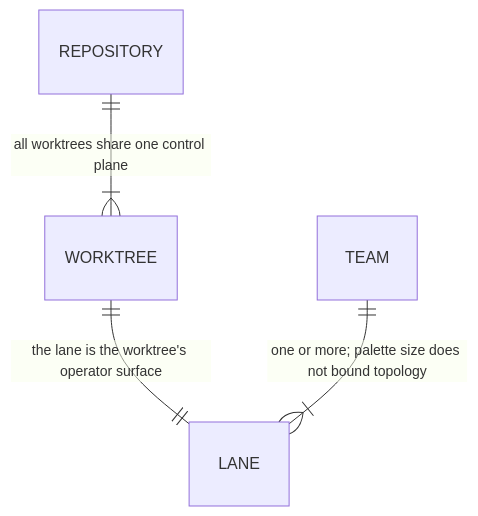
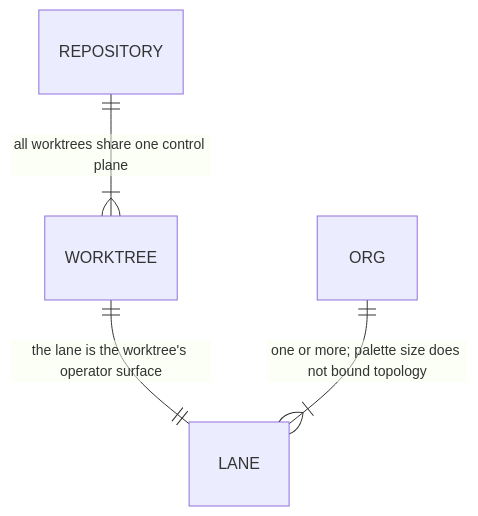
One commit to infimalabs/spice-rust changed the second of 9 diagrams in docs/product/model/domain.md. Above: the diagram before and after it, drawn with Mermaid. The commit also changed other lines of this file and 99 other files, not shown here.

Commit message:
canvas: rename team vocabulary to org

````diff
--- a/docs/product/model/domain.md
+++ b/docs/product/model/domain.md
@@ -50,6 +50,6 @@
 ```mermaid
 erDiagram
   REPOSITORY ||--|{ WORKTREE : "all worktrees share one control plane"
   WORKTREE ||--|| LANE : "the lane is the worktree's operator surface"
-  TEAM ||--|{ LANE : "one or more; palette size does not bound topology"
+  ORG ||--|{ LANE : "one or more; palette size does not bound topology"
 ```
````
